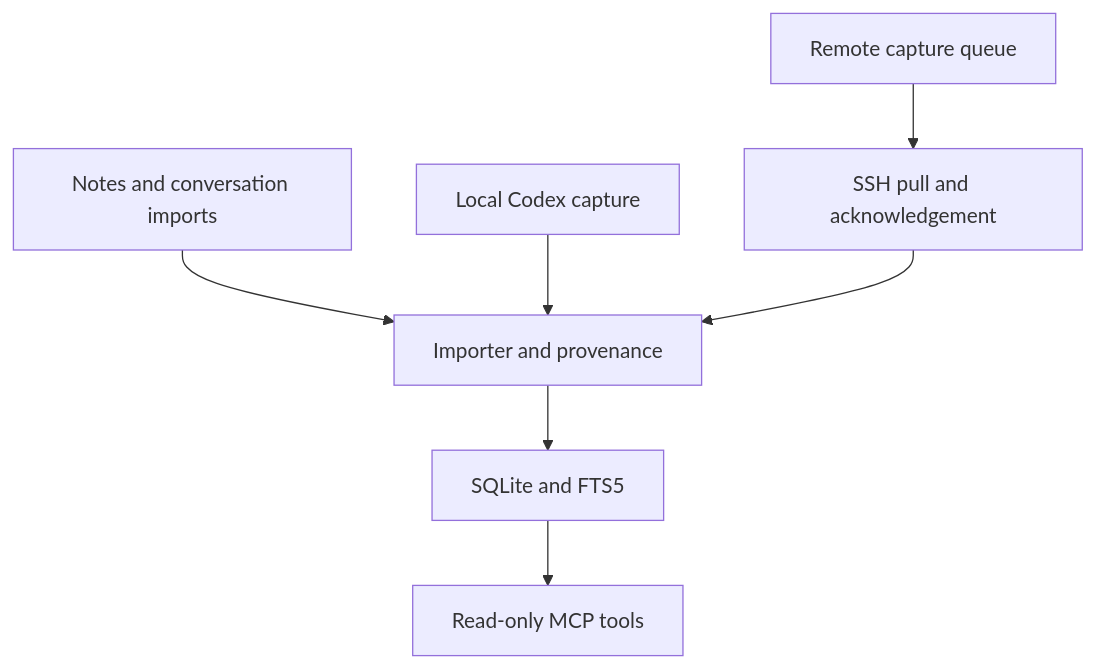
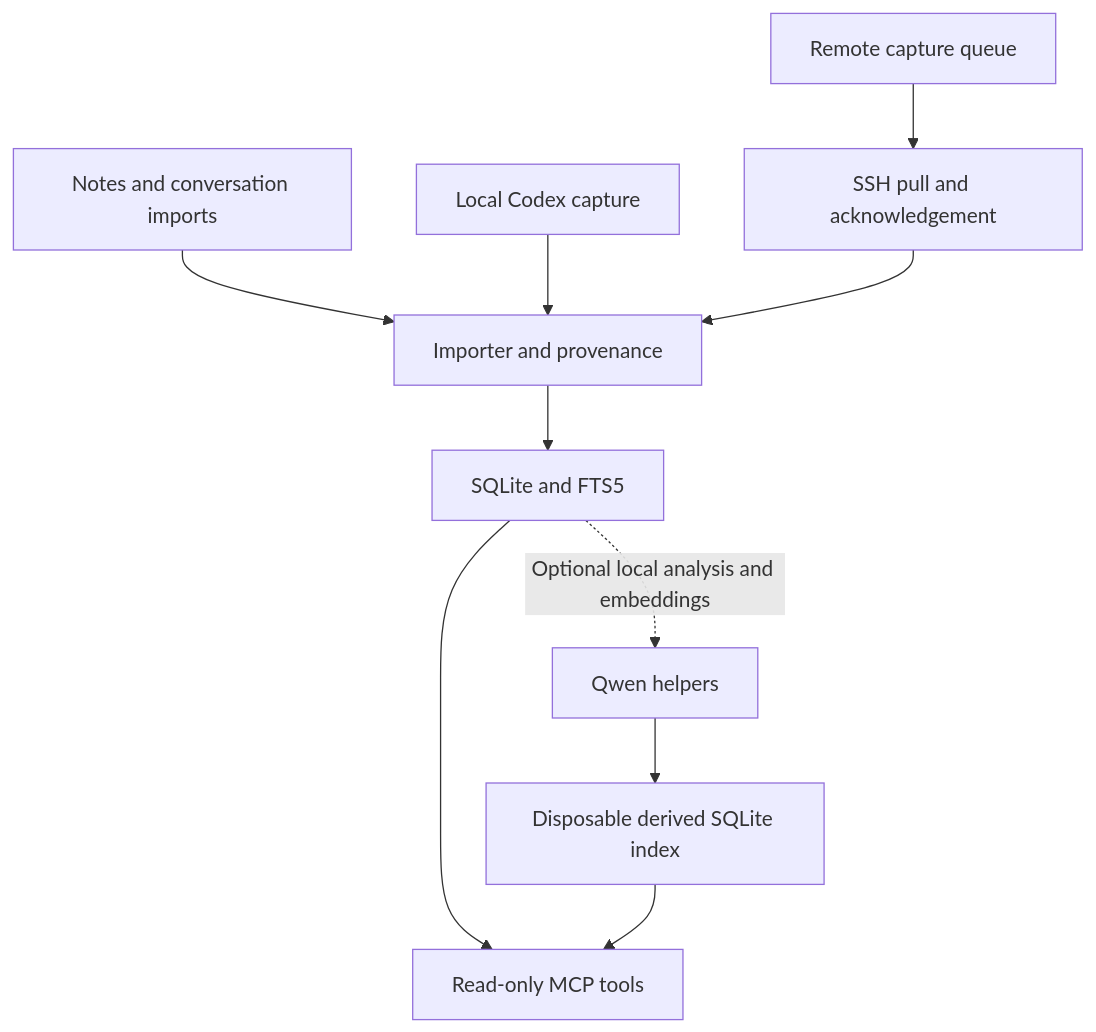
One commit to stevej52/threadsatchel changed the diagram in README.md. Above: the diagram before and after it, drawn with Mermaid. The commit also changed other lines of this file and 3 other files, not shown here.

Commit message:
docs: document reproducible optional Qwen installation and operating limits

````diff
--- a/README.md
+++ b/README.md
@@ -58,9 +79,12 @@
 ```mermaid
 flowchart TD
   A["Notes and conversation imports"] --> C["Importer and provenance"]
   B["Local Codex capture"] --> C
   R["Remote capture queue"] --> S["SSH pull and acknowledgement"]
   S --> C
   C --> D["SQLite and FTS5"]
   D --> M["Read-only MCP tools"]
+  D -. "Optional local analysis and embeddings" .-> Q["Qwen helpers"]
+  Q --> I["Disposable derived SQLite index"]
+  I --> M
 ```
````
